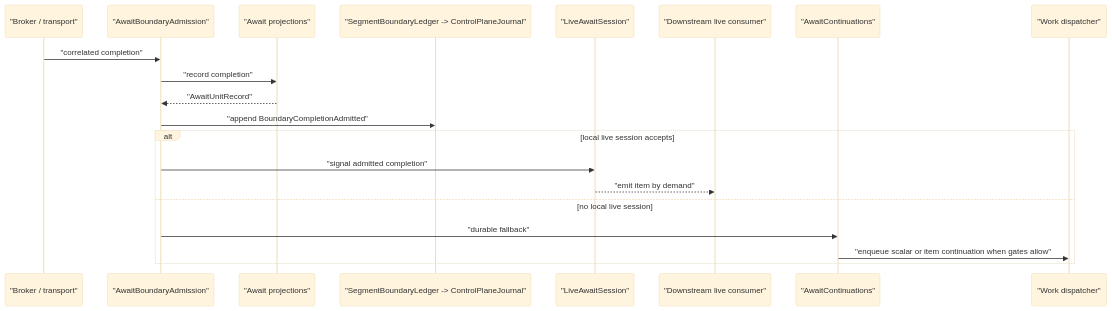
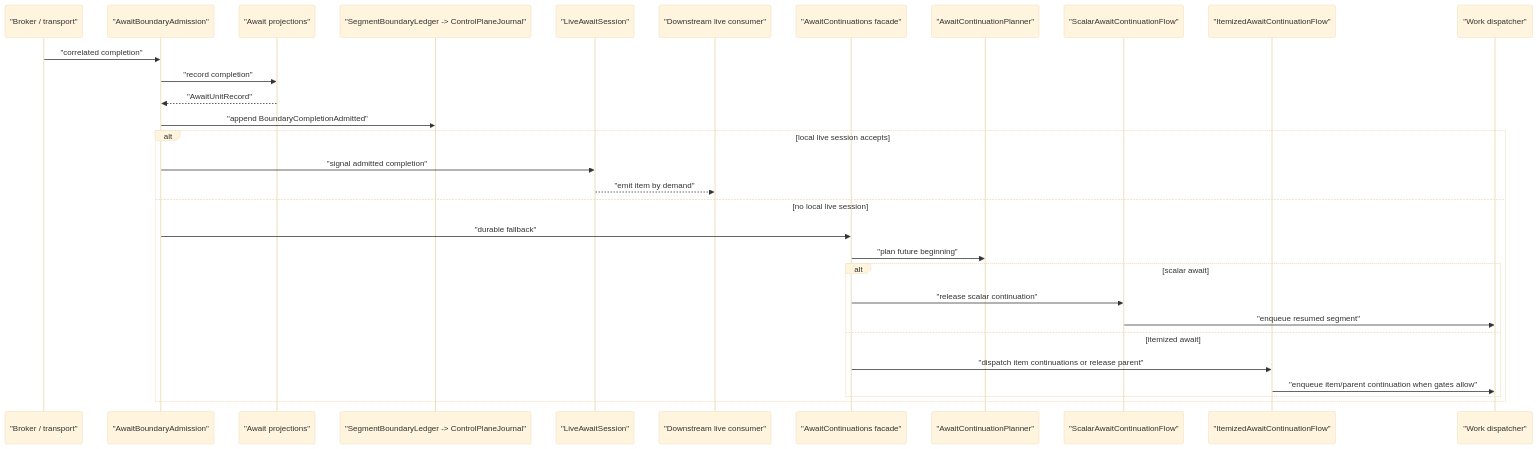
One commit to The-Pipeline-Framework/pipelineframework changed the fourth of 5 diagrams in docs/evolve/await-unit-runtime/immutable-boundaries.md. Above: the diagram before and after it, drawn with Mermaid (base theme). The commit also changed other lines of this file and 26 other files, not shown here.

Commit message:
Extract queue async segment and continuation pipelines (#447)

````diff
--- a/docs/evolve/await-unit-runtime/immutable-boundaries.md
+++ b/docs/evolve/await-unit-runtime/immutable-boundaries.md
@@ -119,23 +172,33 @@
 ```mermaid
 sequenceDiagram
     participant Broker as "Broker / transport"
     participant Admission as "AwaitBoundaryAdmission"
     participant AwaitStore as "Await projections"
     participant Ledger as "SegmentBoundaryLedger -> ControlPlaneJournal"
     participant Live as "LiveAwaitSession"
     participant Consumer as "Downstream live consumer"
-    participant Continue as "AwaitContinuations"
+    participant Continue as "AwaitContinuations facade"
+    participant Planner as "AwaitContinuationPlanner"
+    participant Scalar as "ScalarAwaitContinuationFlow"
+    participant Itemized as "ItemizedAwaitContinuationFlow"
     participant Work as "Work dispatcher"
 
     Broker->>Admission: "correlated completion"
     Admission->>AwaitStore: "record completion"
     AwaitStore-->>Admission: "AwaitUnitRecord"
     Admission->>Ledger: "append BoundaryCompletionAdmitted"
     alt local live session accepts
       Admission->>Live: "signal admitted completion"
       Live-->>Consumer: "emit item by demand"
     else no local live session
       Admission->>Continue: "durable fallback"
-      Continue->>Work: "enqueue scalar or item continuation when gates allow"
+      Continue->>Planner: "plan future beginning"
+      alt scalar await
+        Continue->>Scalar: "release scalar continuation"
+        Scalar->>Work: "enqueue resumed segment"
+      else itemized await
+        Continue->>Itemized: "dispatch item continuations or release parent"
+        Itemized->>Work: "enqueue item/parent continuation when gates allow"
+      end
     end
 ```
````
